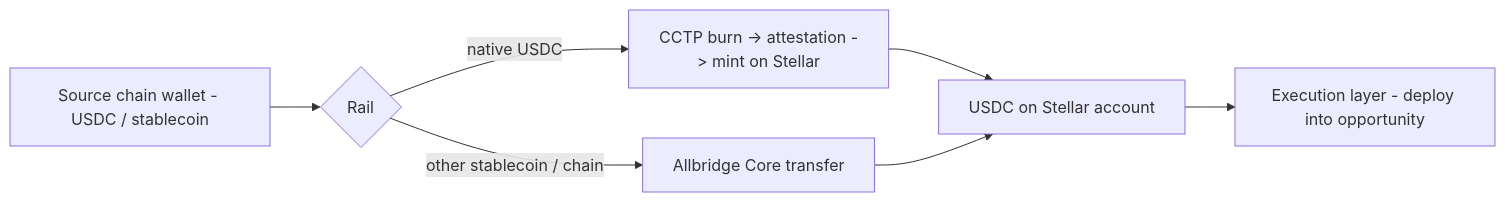
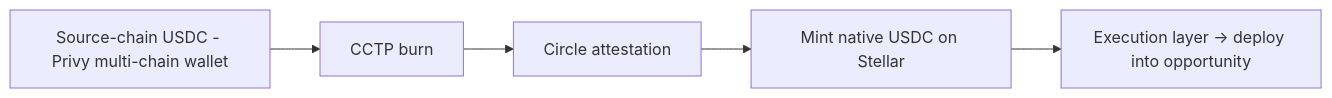
Before and after one commit to Mael-wnb/dig-stellar: the third of 3 diagrams in docs/accelerator/ARCHITECTURE.md, drawn with Mermaid. The commit also changed other lines of this file and 1 other file, not shown here.

Commit message:
docs: accelerator architecture and readme update

````diff
--- a/docs/accelerator/ARCHITECTURE.md
+++ b/docs/accelerator/ARCHITECTURE.md
@@ -290,9 +285,7 @@
 ```mermaid
 flowchart LR
-  Src[Source chain wallet - USDC / stablecoin] --> Choice{Rail}
-  Choice -->|native USDC| CCTP[CCTP burn -> attestation -> mint on Stellar]
-  Choice -->|other stablecoin / chain| AB[Allbridge Core transfer]
-  CCTP --> StellarAcct[USDC on Stellar account]
-  AB --> StellarAcct
-  StellarAcct --> Exec[Execution layer - deploy into opportunity]
+  Src[Source-chain USDC - Privy multi-chain wallet] --> Burn[CCTP burn]
+  Burn --> Att[Circle attestation]
+  Att --> Mint[Mint native USDC on Stellar]
+  Mint --> Exec[Execution layer -> deploy into opportunity]
 ```
````
